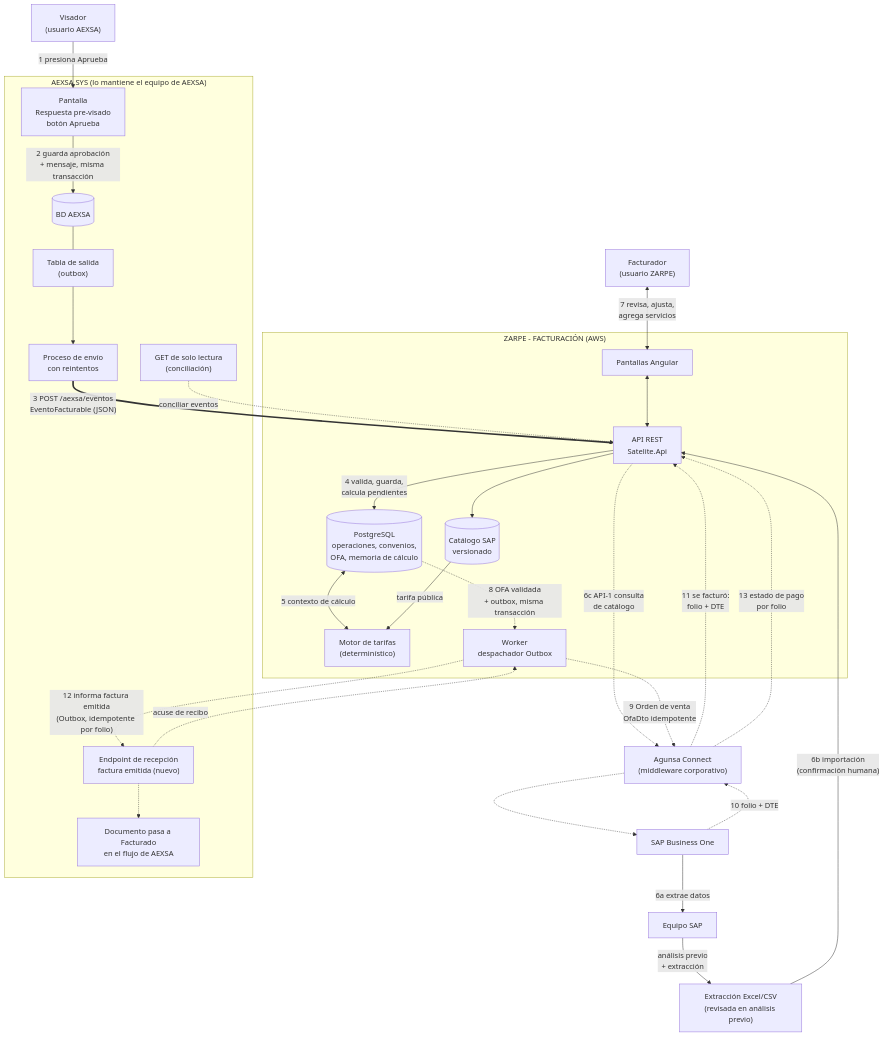
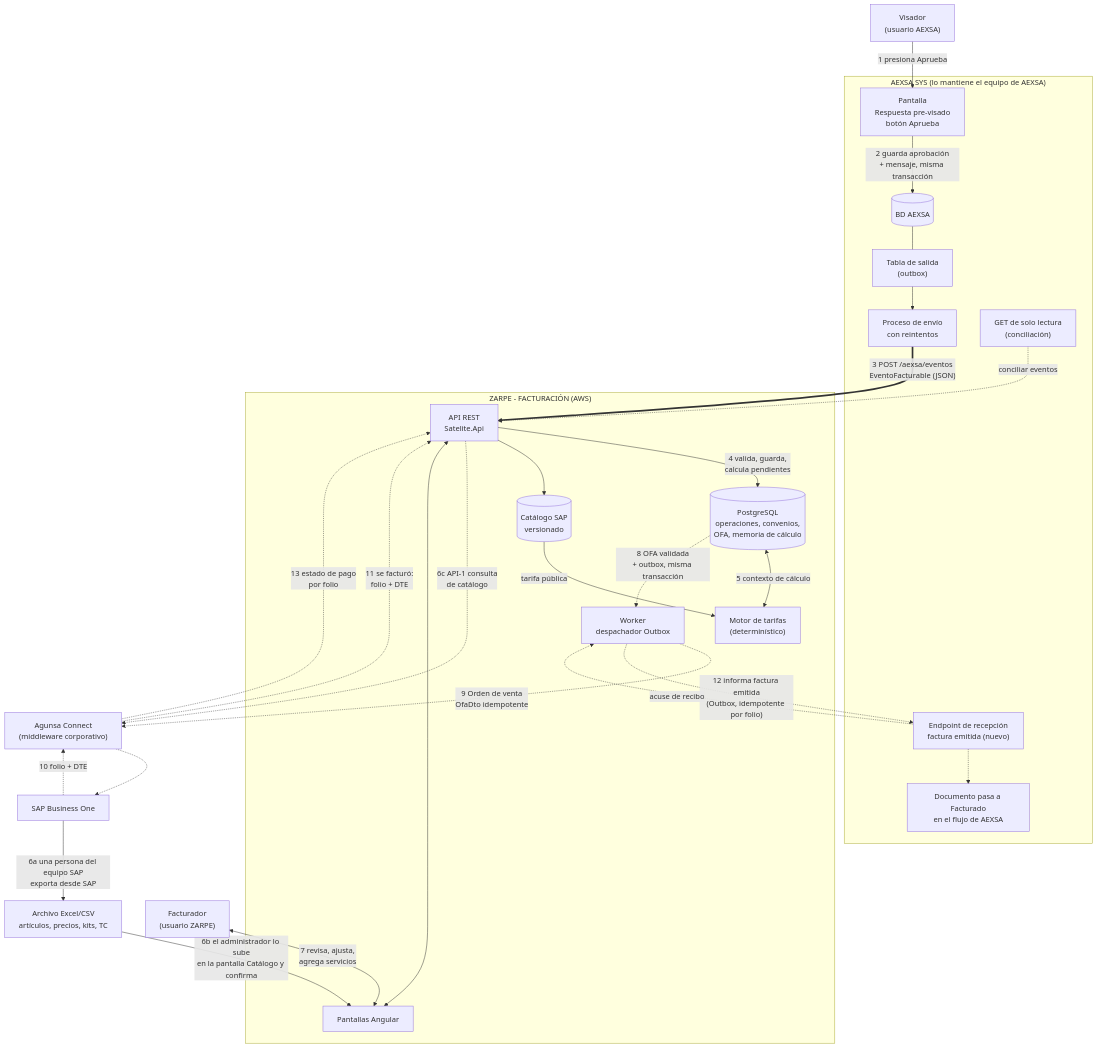
The first of 5 diagrams in docs/arquitectura/diagramas-flujo-datos.md (FelipePonceAgunsa/APPSFacturacion), drawn with Mermaid before and after one commit. The commit also changed other lines of this file and 3 other files, not shown here.

Commit message:
Diagrama 1: flechas 6a y 6b explicadas (exporta el equipo SAP, sube el administrador)

````diff
--- a/docs/arquitectura/diagramas-flujo-datos.md
+++ b/docs/arquitectura/diagramas-flujo-datos.md
@@ -48,56 +48,54 @@
 ```mermaid
 flowchart TB
     VIS["Visador<br/>(usuario AEXSA)"]
     FAC["Facturador<br/>(usuario ZARPE)"]
 
     subgraph AEXSA["AEXSA SYS (lo mantiene el equipo de AEXSA)"]
         UI_A["Pantalla<br/>Respuesta pre-visado<br/>botón Aprueba"]
         DB_A[("BD AEXSA")]
         OUT_A["Tabla de salida<br/>(outbox)"]
         ENV_A["Proceso de envío<br/>con reintentos"]
         GET_A["GET de solo lectura<br/>(conciliación)"]
         REC_A["Endpoint de recepción<br/>factura emitida (nuevo)"]
         FLU_A["Documento pasa a Facturado<br/>en el flujo de AEXSA"]
     end
 
     subgraph ZARPE["ZARPE - FACTURACIÓN (AWS)"]
         API["API REST<br/>Satelite.Api"]
         MOTOR["Motor de tarifas<br/>(determinístico)"]
         DB_Z[("PostgreSQL<br/>operaciones, convenios,<br/>OFA, memoria de cálculo")]
         CAT[("Catálogo SAP<br/>versionado")]
         WRK["Worker<br/>despachador Outbox"]
         UI_Z["Pantallas Angular"]
     end
 
     AC["Agunsa Connect<br/>(middleware corporativo)"]
     SAP["SAP Business One"]
-    EQSAP["Equipo SAP"]
-    ARCH["Extracción Excel/CSV<br/>(revisada en análisis previo)"]
+    ARCH["Archivo Excel/CSV<br/>artículos, precios, kits, TC"]
 
     VIS -->|"1 presiona Aprueba"| UI_A
     UI_A -->|"2 guarda aprobación<br/>+ mensaje, misma transacción"| DB_A
     DB_A --- OUT_A
     OUT_A --> ENV_A
     ENV_A ==>|"3 POST /aexsa/eventos<br/>EventoFacturable (JSON)"| API
     API -->|"4 valida, guarda,<br/>calcula pendientes"| DB_Z
     DB_Z <-->|"5 contexto de cálculo"| MOTOR
     CAT -->|"tarifa pública"| MOTOR
-    SAP -->|"6a extrae datos"| EQSAP
-    EQSAP -->|"análisis previo<br/>+ extracción"| ARCH
-    ARCH -->|"6b importación<br/>(confirmación humana)"| API
+    SAP -->|"6a una persona del equipo SAP<br/>exporta desde SAP"| ARCH
+    ARCH -->|"6b el administrador lo sube<br/>en la pantalla Catálogo y confirma"| UI_Z
     API --> CAT
     API -.->|"6c API-1 consulta<br/>de catálogo"| AC
     FAC <-->|"7 revisa, ajusta,<br/>agrega servicios"| UI_Z
     UI_Z <--> API
     GET_A -.->|"conciliar eventos"| API
 
     DB_Z -.->|"8 OFA validada<br/>+ outbox, misma transacción"| WRK
     WRK -.->|"9 Orden de venta<br/>OfaDto idempotente"| AC
     AC -.-> SAP
     SAP -.->|"10 folio + DTE"| AC
     AC -.->|"11 se facturó:<br/>folio + DTE"| API
     WRK -.->|"12 informa factura emitida<br/>(Outbox, idempotente por folio)"| REC_A
     REC_A -.->|"acuse de recibo"| WRK
     REC_A -.-> FLU_A
     AC -.->|"13 estado de pago<br/>por folio"| API
 ```
````
